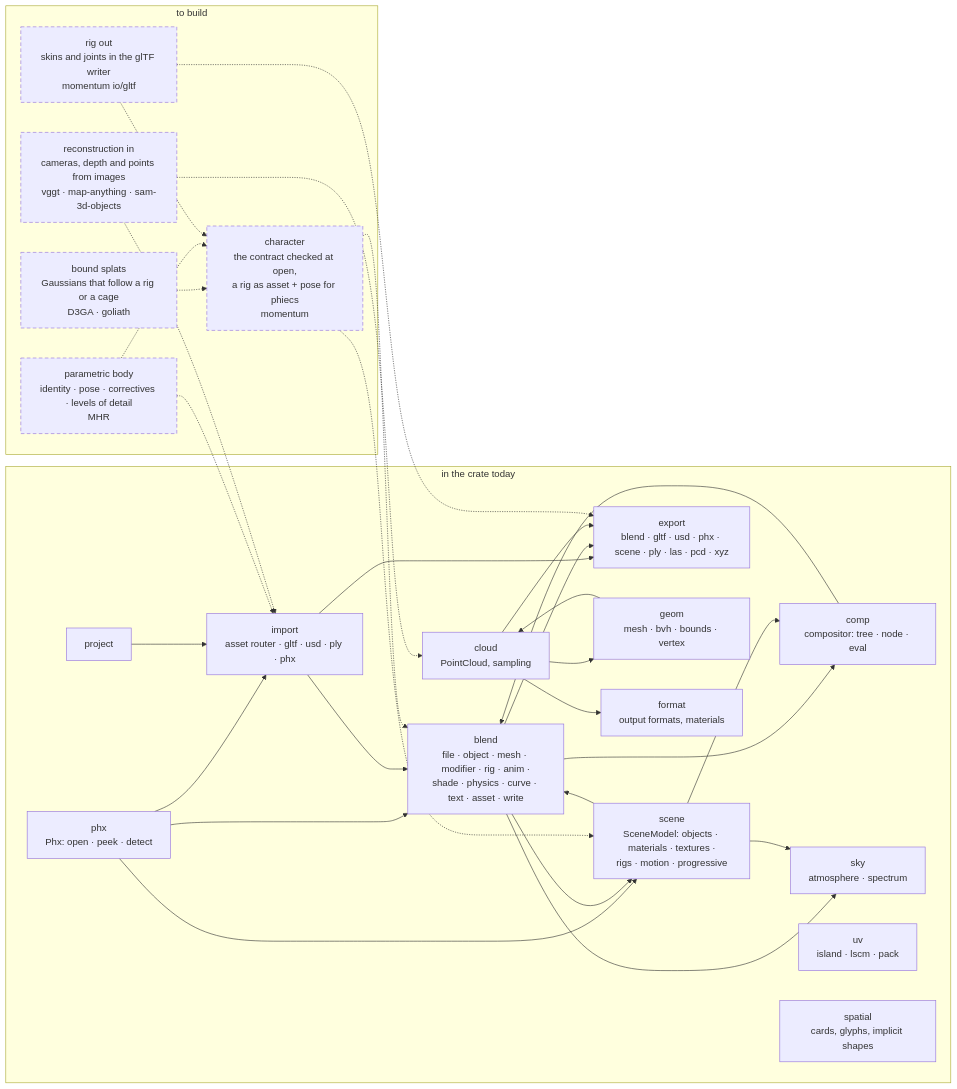
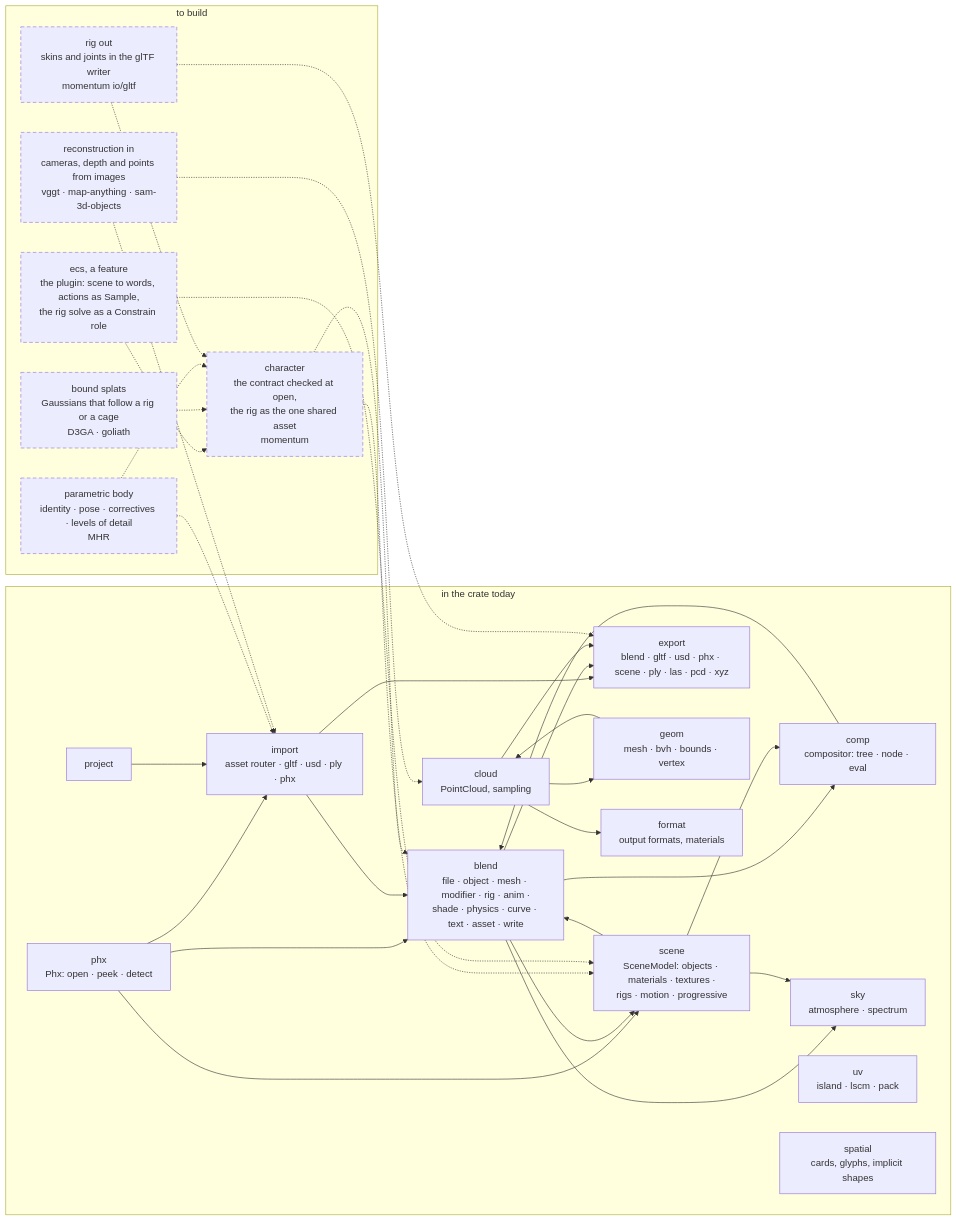
One commit to gemphi/phikit changed the first of 2 diagrams in crates/phiphx/ARCHITECTURE.md. Above: the diagram before and after it, drawn with Mermaid. The commit also changed other lines of this file and 21 other files, not shown here.

````diff
--- a/crates/phiphx/ARCHITECTURE.md
+++ b/crates/phiphx/ARCHITECTURE.md
@@ -10,54 +10,57 @@
 ```mermaid
 graph LR
     subgraph today["in the crate today"]
         m_phx["phx<br/>Phx: open · peek · detect"]
         m_import["import<br/>asset router · gltf · usd · ply · phx"]
         m_blend["blend<br/>file · object · mesh · modifier · rig · anim ·<br/>shade · physics · curve · text · asset · write"]
         m_scene["scene<br/>SceneModel: objects · materials · textures ·<br/>rigs · motion · progressive"]
         m_comp["comp<br/>compositor: tree · node · eval"]
         m_sky["sky<br/>atmosphere · spectrum"]
         m_export["export<br/>blend · gltf · usd · phx · scene · ply · las · pcd · xyz"]
         m_cloud["cloud<br/>PointCloud, sampling"]
         m_geom["geom<br/>mesh · bvh · bounds · vertex"]
         m_format["format<br/>output formats, materials"]
         m_uv["uv<br/>island · lscm · pack"]
         m_spatial["spatial<br/>cards, glyphs, implicit shapes"]
         m_project["project"]
     end
     subgraph build["to build"]
-        m_char["character<br/>the contract checked at open,<br/>a rig as asset + pose for phiecs<br/>momentum"]
+        m_char["character<br/>the contract checked at open,<br/>the rig as the one shared asset<br/>momentum"]
+        m_ecs["ecs, a feature<br/>the plugin: scene to words, actions as Sample,<br/>the rig solve as a Constrain role"]
         m_bound["bound splats<br/>Gaussians that follow a rig or a cage<br/>D3GA · goliath"]
         m_body["parametric body<br/>identity · pose · correctives · levels of detail<br/>MHR"]
         m_recon["reconstruction in<br/>cameras, depth and points from images<br/>vggt · map-anything · sam-3d-objects"]
         m_skinout["rig out<br/>skins and joints in the glTF writer<br/>momentum io/gltf"]
     end
     m_phx --> m_blend
     m_phx --> m_import
     m_phx --> m_scene
     m_import --> m_blend
     m_import --> m_export
     m_blend --> m_scene
     m_scene --> m_blend
     m_blend --> m_comp
     m_comp --> m_blend
     m_scene --> m_comp
     m_blend --> m_sky
     m_scene --> m_sky
     m_blend --> m_export
     m_cloud --> m_geom
     m_geom --> m_cloud
     m_cloud --> m_export
     m_cloud --> m_format
     m_project --> m_import
     m_char -.-> m_scene
+    m_ecs -.-> m_char
+    m_ecs -.-> m_scene
     m_char -.-> m_blend
     m_bound -.-> m_char
     m_body -.-> m_char
     m_body -.-> m_import
     m_recon -.-> m_cloud
     m_recon -.-> m_import
     m_skinout -.-> m_export
     m_skinout -.-> m_char
     classDef plan stroke-dasharray: 6 4;
-    class m_char,m_bound,m_body,m_recon,m_skinout plan;
+    class m_char,m_ecs,m_bound,m_body,m_recon,m_skinout plan;
 ```
````
